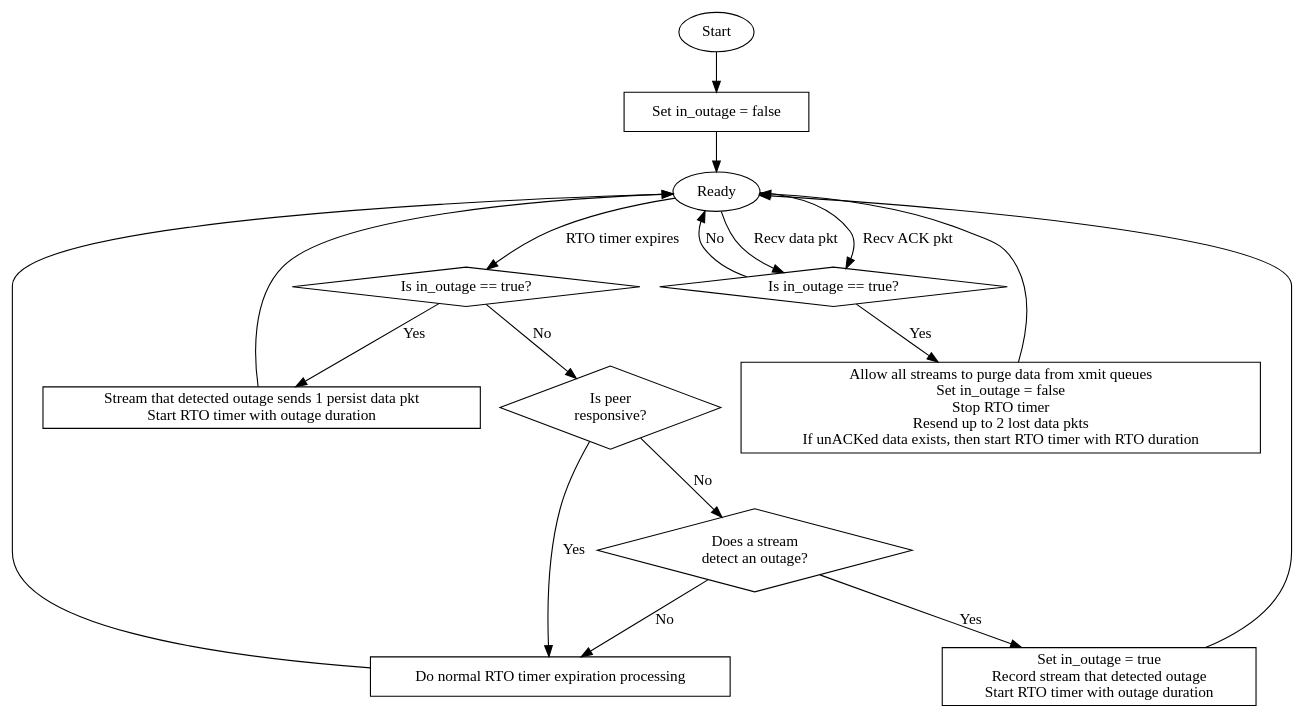
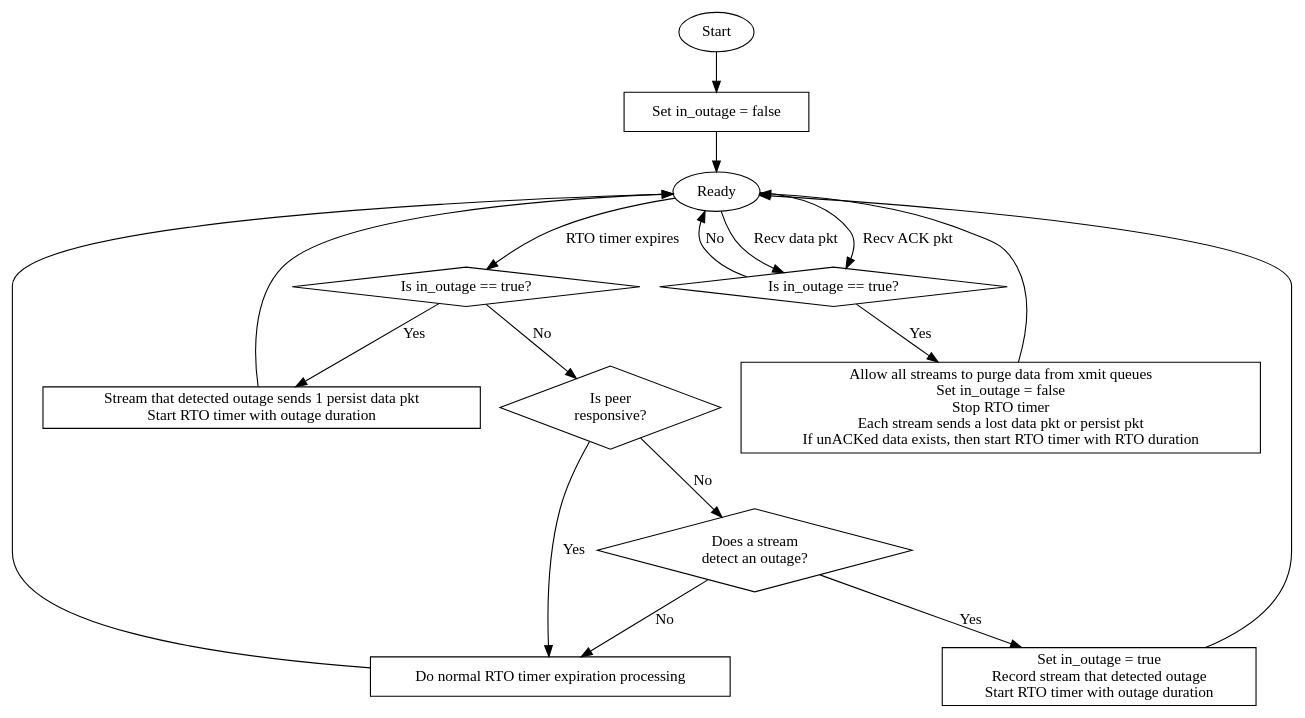
One commit to raytheonbbn/IRON changed the diagram in iron/sliq/doc/sliq_outage.dot. Above: the diagram before and after it, drawn with Graphviz. The commit also changed 199 other files, not shown here.

```diff
--- a/iron/sliq/doc/sliq_outage.dot
+++ b/iron/sliq/doc/sliq_outage.dot
@@ -1,39 +1,39 @@
 digraph sliq_outage {
     strt [ shape = ellipse, label = "Start" ];
     redy [ shape = ellipse, label = "Ready" ];
     init [ shape = box,     label = "Set in_outage = false" ];
     blk1 [ shape = box,     label = "Stream that detected outage sends 1 persist data pkt\nStart RTO timer with outage duration" ];
     blk2 [ shape = box,     label = "Do normal RTO timer expiration processing" ];
     blk3 [ shape = box,     label = "Set in_outage = true\nRecord stream that detected outage\nStart RTO timer with outage duration" ];
-    blk4 [ shape = box,     label = "Allow all streams to purge data from xmit queues\nSet in_outage = false\nStop RTO timer\nResend up to 2 lost data pkts\nIf unACKed data exists, then start RTO timer with RTO duration" ];
+    blk4 [ shape = box,     label = "Allow all streams to purge data from xmit queues\nSet in_outage = false\nStop RTO timer\nEach stream sends a lost data pkt or persist pkt\nIf unACKed data exists, then start RTO timer with RTO duration" ];
     dsc1 [ shape = diamond, label = "Is in_outage == true?" ];
     dsc2 [ shape = diamond, label = "Is peer\nresponsive?" ];
     dsc3 [ shape = diamond, label = "Does a stream\ndetect an outage?" ];
     dsc4 [ shape = diamond, label = "Is in_outage == true?" ];
 
     strt -> init;
     init -> redy;
 
     redy -> dsc1 [ label = "RTO timer expires" ];
 
     dsc1 -> blk1 [ label = "Yes" ];
     blk1 -> redy;
 
     dsc1 -> dsc2 [ label = "No" ];
 
     dsc2 -> blk2 [ label = "Yes" ];
 
     dsc2 -> dsc3 [ label = "No" ];
 
     dsc3 -> blk2 [ label = "No" ];
     blk2 -> redy;
 
     dsc3 -> blk3 [ label = "Yes" ];
     blk3 -> redy;
 
     redy -> dsc4 [ label = "Recv data pkt" ];
     redy -> dsc4 [ label = "Recv ACK pkt" ];
     dsc4 -> redy [ label = "No" ];
     dsc4 -> blk4 [ label = "Yes" ];
     blk4 -> redy;
 }
```
